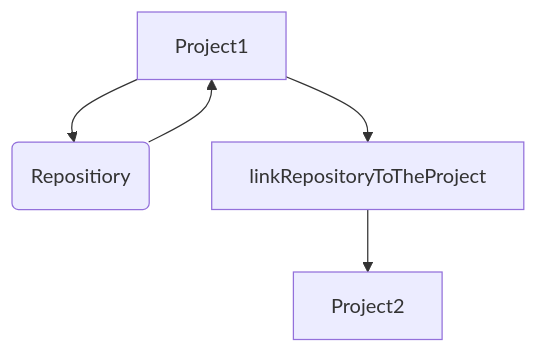
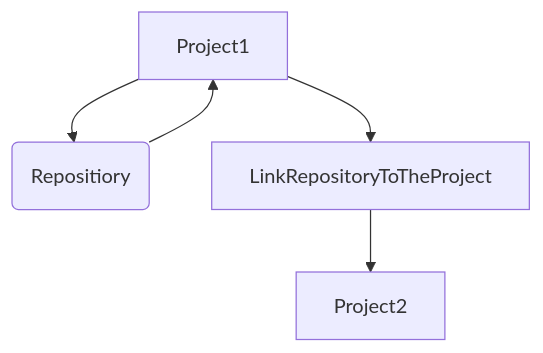
Before and after one commit to Cryslender/CMPG-323-Overview-36627399: the diagram in README.md, drawn with Mermaid.

````diff
--- a/README.md
+++ b/README.md
@@ -12,7 +12,7 @@
 ```mermaid
 graph TB;
     Project1-->CMPG-323Overview(Repositiory);
     CMPG-323Overview(Repositiory)-->Project1;
-    Project1--> linkRepositoryToTheProject;
-    linkRepositoryToTheProject-->Project2;
+    Project1--> LinkRepositoryToTheProject;
+    LinkRepositoryToTheProject-->Project2;
 ```
````
